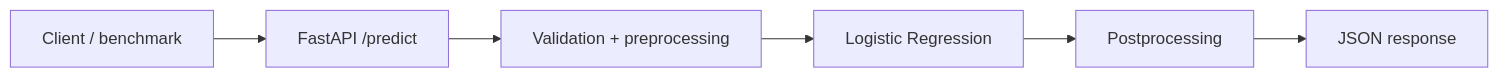
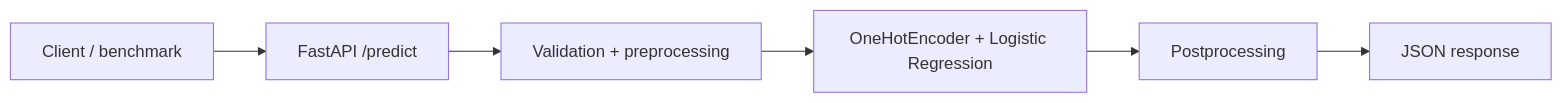
Before and after one commit to Noahgog/architecture-ia-P10-GOGEON-NGUYEN: the diagram in README.md, drawn with Mermaid. The commit also changed other lines of this file and 9 other files, not shown here.

````diff
--- a/README.md
+++ b/README.md
@@ -7,8 +9,8 @@
 ```mermaid
 flowchart LR
     C[Client / benchmark] --> A[FastAPI /predict]
     A --> P[Validation + preprocessing]
-    P --> M[Logistic Regression]
+    P --> M[OneHotEncoder + Logistic Regression]
     M --> Q[Postprocessing]
     Q --> R[JSON response]
 ```
````
